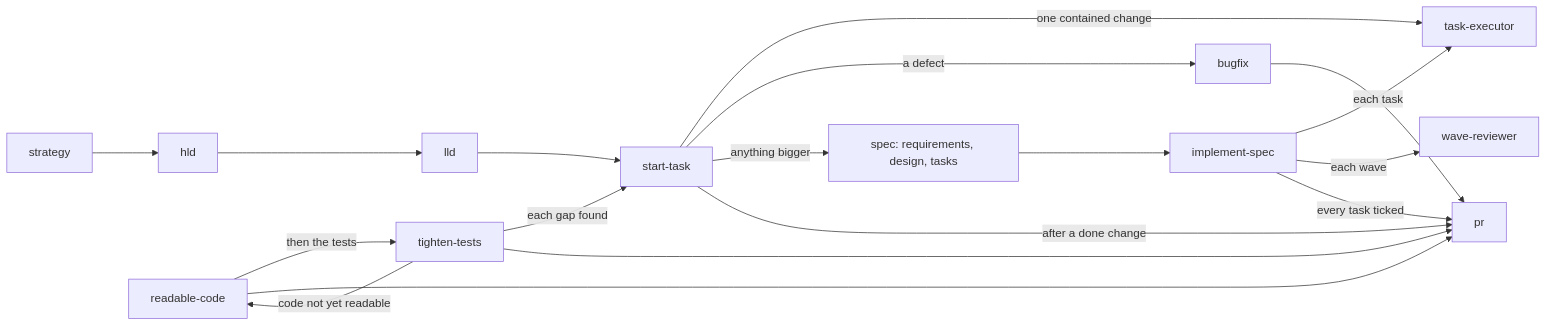
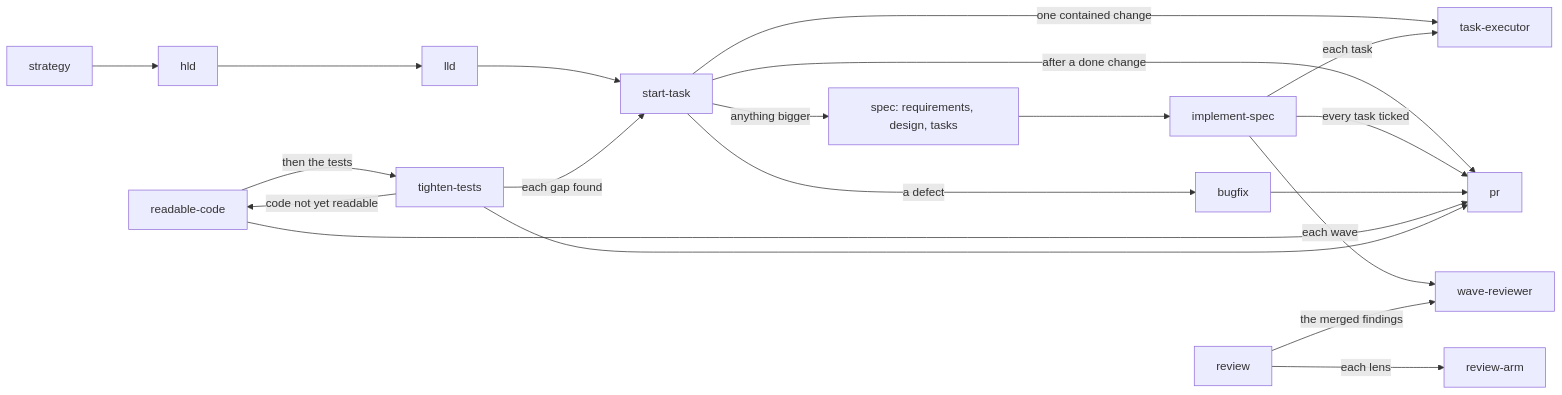
Before and after one commit to freethinkingit/dev_tools: the diagram in README.md, drawn with Mermaid. The commit also changed 73 other files, not shown here.

First line of the commit message:
Add the review skill, the review-arm agent and the ReviewBench and Martian harnesses

````diff
--- a/README.md
+++ b/README.md
@@ -34,18 +34,20 @@
 ```mermaid
 flowchart LR
     strategy --> hld --> lld --> start-task
     start-task -->|"one contained change"| task-executor
     start-task -->|"a defect"| bugfix
     start-task -->|"anything bigger"| spec["spec: requirements, design, tasks"]
     spec --> implement-spec
     implement-spec -->|"each task"| task-executor
     implement-spec -->|"each wave"| wave-reviewer
     start-task -->|"after a done change"| pr
     implement-spec -->|"every task ticked"| pr
     bugfix --> pr
     readable-code -->|"then the tests"| tighten-tests
     readable-code --> pr
     tighten-tests -->|"code not yet readable"| readable-code
     tighten-tests -->|"each gap found"| start-task
     tighten-tests --> pr
+    review -->|"each lens"| review-arm
+    review -->|"the merged findings"| wave-reviewer
 ```
````
